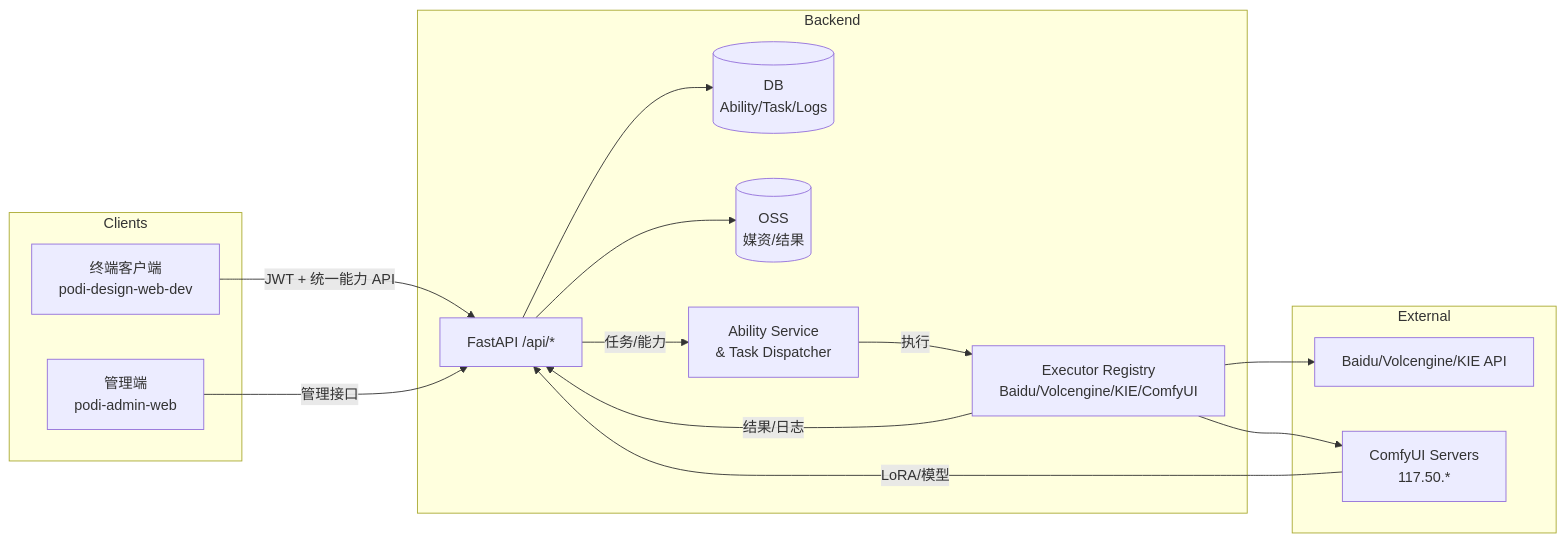
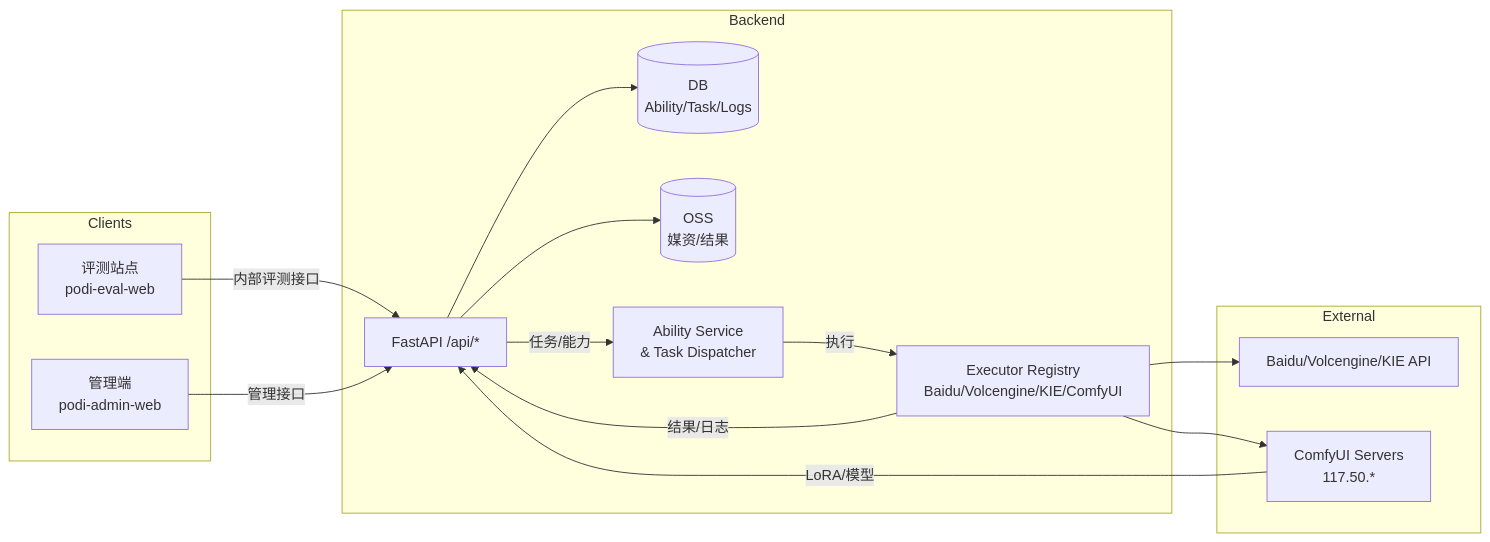
One commit to zhangx1234994/POD_AI changed the first of 4 diagrams in docs/architecture.md. Above: the diagram before and after it, drawn with Mermaid. The commit also changed other lines of this file and 990 other files, not shown here.

````diff
--- a/docs/architecture.md
+++ b/docs/architecture.md
@@ -26,29 +26,29 @@
 ```mermaid
 flowchart LR
     subgraph Clients
-        A[终端客户端\npodi-design-web-dev]
+        A[评测站点\npodi-eval-web]
         B[管理端\npodi-admin-web]
     end
     subgraph Backend
         C[FastAPI /api/*]
         D[(DB\nAbility/Task/Logs)]
         E[(OSS\n媒资/结果)]
         F[Ability Service\n& Task Dispatcher]
         G[Executor Registry\nBaidu/Volcengine/KIE/ComfyUI]
     end
     subgraph External
         H[Baidu/Volcengine/KIE API]
         I[ComfyUI Servers\n117.50.*]
     end
 
-    A -->|JWT + 统一能力 API| C
+    A -->|内部评测接口| C
     B -->|管理接口| C
     C --> D
     C --> E
     C -->|任务/能力| F
     F -->|执行| G
     G --> H
     G --> I
     G -->|结果/日志| C
     I -->|LoRA/模型| C
 ```
````
